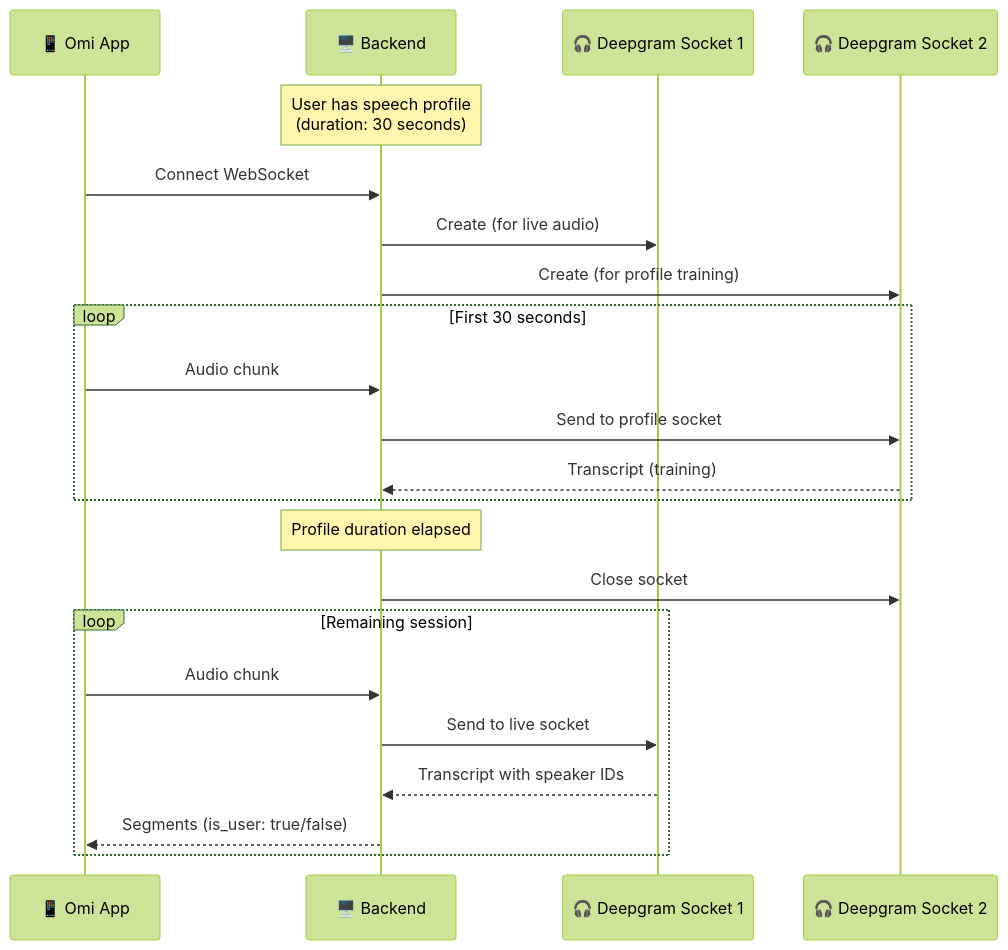
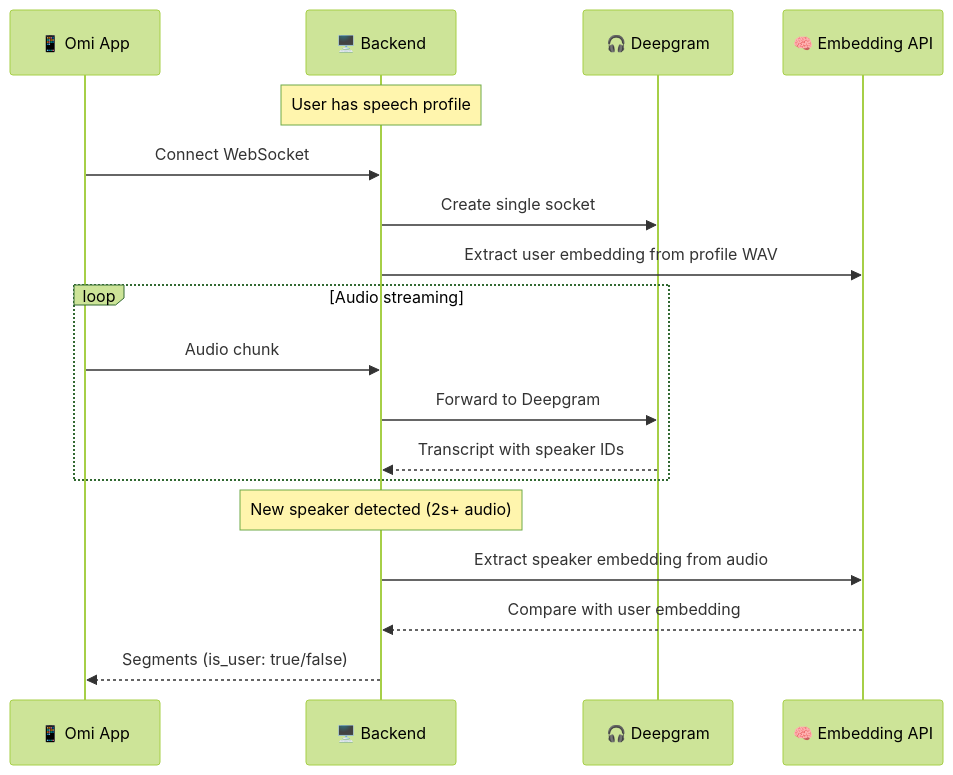
One commit to DG303/omi changed the fourth of 5 diagrams in docs/doc/developer/backend/transcription.mdx. Above: the diagram before and after it, drawn with Mermaid (forest theme). The commit also changed other lines of this file, not shown here.

Commit message:
Update transcription docs for speaker embedding approach
Replace dual-socket architecture diagram with speaker embedding flow.
Update include_speech_profile description.

````diff
--- a/docs/doc/developer/backend/transcription.mdx
+++ b/docs/doc/developer/backend/transcription.mdx
@@ -264,29 +264,24 @@
 ```mermaid
 sequenceDiagram
     participant App as 📱 Omi App
     participant Backend as 🖥️ Backend
-    participant Socket1 as 🎧 Deepgram Socket 1
-    participant Socket2 as 🎧 Deepgram Socket 2
+    participant DG as 🎧 Deepgram
+    participant Embed as 🧠 Embedding API
 
-    Note over Backend: User has speech profile<br/>(duration: 30 seconds)
+    Note over Backend: User has speech profile
 
     App->>Backend: Connect WebSocket
-    Backend->>Socket1: Create (for live audio)
-    Backend->>Socket2: Create (for profile training)
+    Backend->>DG: Create single socket
+    Backend->>Embed: Extract user embedding from profile WAV
 
-    loop First 30 seconds
+    loop Audio streaming
         App->>Backend: Audio chunk
-        Backend->>Socket2: Send to profile socket
-        Socket2-->>Backend: Transcript (training)
+        Backend->>DG: Forward to Deepgram
+        DG-->>Backend: Transcript with speaker IDs
     end
 
-    Note over Backend: Profile duration elapsed
-    Backend->>Socket2: Close socket
-
-    loop Remaining session
-        App->>Backend: Audio chunk
-        Backend->>Socket1: Send to live socket
-        Socket1-->>Backend: Transcript with speaker IDs
-        Backend-->>App: Segments (is_user: true/false)
-    end
+    Note over Backend: New speaker detected (2s+ audio)
+    Backend->>Embed: Extract speaker embedding from audio
+    Embed-->>Backend: Compare with user embedding
+    Backend-->>App: Segments (is_user: true/false)
 ```
````
